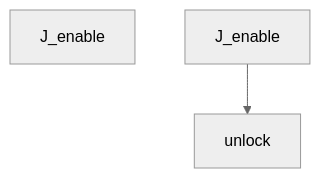
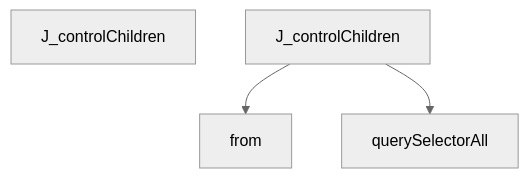
One commit to hazalkoom/DECODEx01 changed diagram 16 of 27 in docs/DATA_FLOW.md. Above: the diagram before and after it, drawn with Mermaid (neutral theme). The commit also changed other lines of this file and 8 other files, not shown here.

````diff
--- a/docs/DATA_FLOW.md
+++ b/docs/DATA_FLOW.md
@@ -703,9 +587,13 @@
 ```mermaid
 graph TD
-    Start[J_enable]
+    Start[J_controlChildren]
 
 
-    J_enable --> unlock
+    J_controlChildren --> from
+
+
+
+    J_controlChildren --> querySelectorAll
 
 
 ```
````
